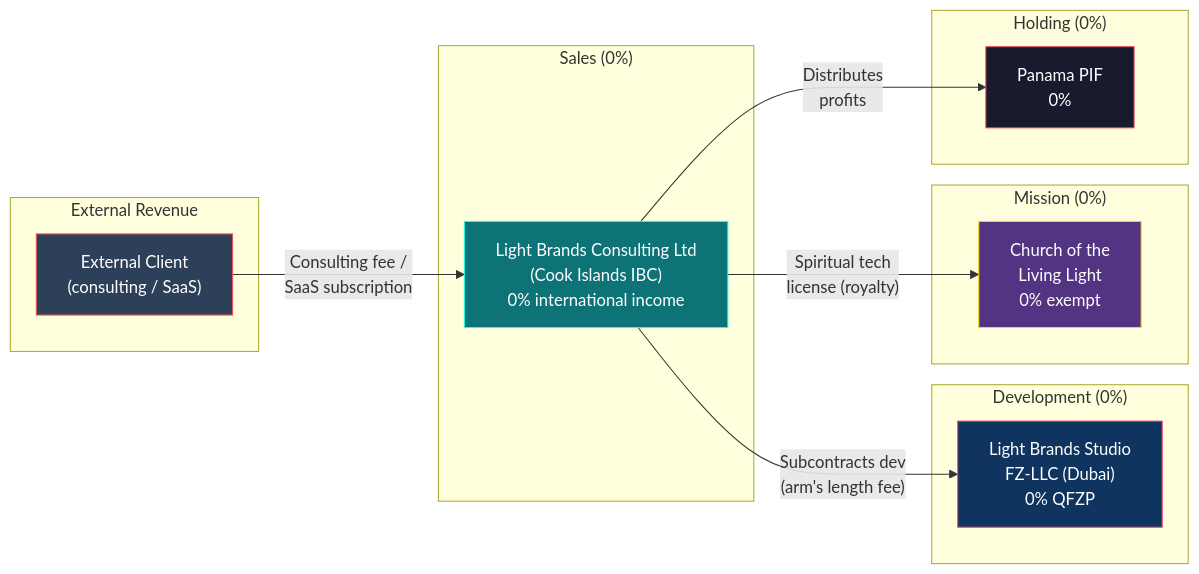
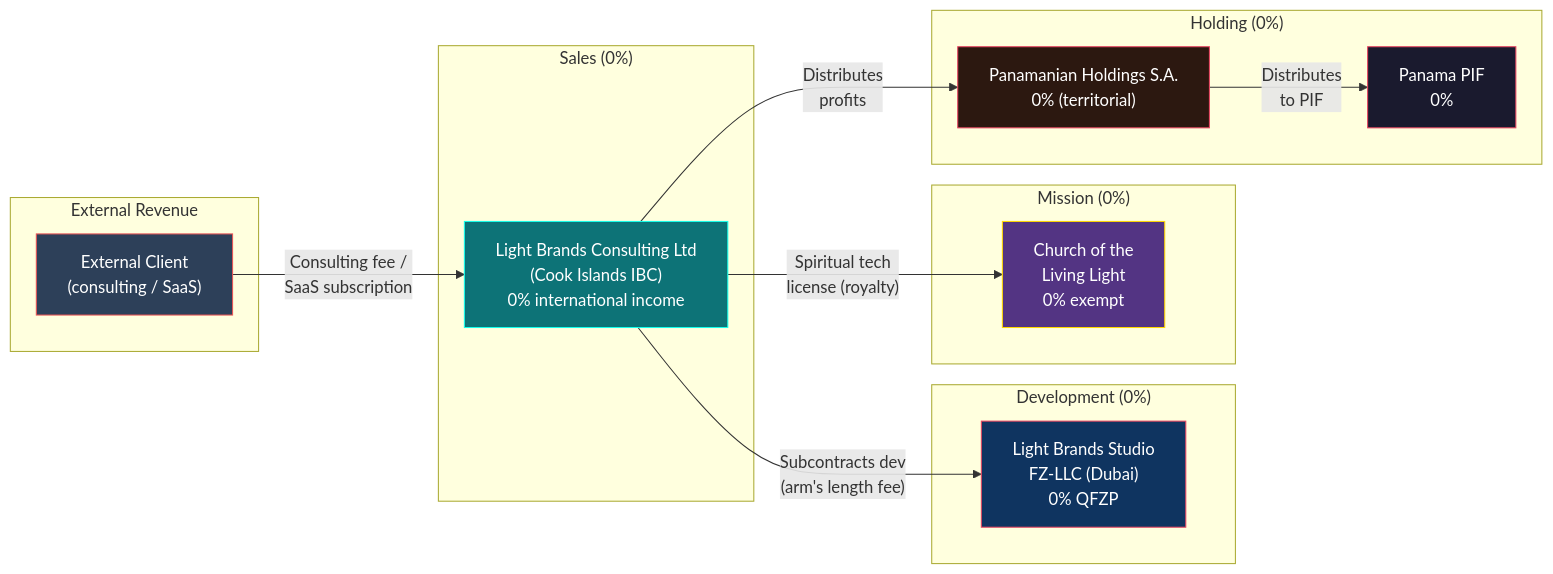
Before and after one commit to Light-Brands/epic-center: the third of 5 diagrams in docs/tax-structure/07-ECOSYSTEM-ARCHITECTURE.md, drawn with Mermaid. The commit also changed other lines of this file and 9 other files, not shown here.

First line of the commit message:
Insert Panamanian Holdings S.A. between PIF and operating entities

````diff
--- a/docs/tax-structure/07-ECOSYSTEM-ARCHITECTURE.md
+++ b/docs/tax-structure/07-ECOSYSTEM-ARCHITECTURE.md
@@ -125,33 +130,36 @@
 ```mermaid
 graph LR
     subgraph "External Revenue"
         CLIENT["External Client<br/>(consulting / SaaS)"]
     end
 
     subgraph "Sales (0%)"
         CI["Light Brands Consulting Ltd<br/>(Cook Islands IBC)<br/>0% international income"]
     end
 
     subgraph "Development (0%)"
         UAE2["Light Brands Studio<br/>FZ-LLC (Dubai)<br/>0% QFZP"]
     end
 
     subgraph "Mission (0%)"
         CHURCH2["Church of the<br/>Living Light<br/>0% exempt"]
     end
 
     subgraph "Holding (0%)"
+        SA["Panamanian Holdings S.A.<br/>0% (territorial)"]
         PIF["Panama PIF<br/>0%"]
     end
 
     CLIENT -->|"Consulting fee /<br/>SaaS subscription"| CI
     CI -->|"Subcontracts dev<br/>(arm's length fee)"| UAE2
     CI -->|"Spiritual tech<br/>license (royalty)"| CHURCH2
-    CI -->|"Distributes<br/>profits"| PIF
+    CI -->|"Distributes<br/>profits"| SA
+    SA -->|"Distributes<br/>to PIF"| PIF
 
     style CLIENT fill:#2d4059,stroke:#ea5455,color:#fff
     style CI fill:#0d7377,stroke:#14ffec,color:#fff
     style UAE2 fill:#0f3460,stroke:#e94560,color:#fff
     style CHURCH2 fill:#533483,stroke:#ffd700,color:#fff
+    style SA fill:#2c1810,stroke:#e94560,color:#fff
     style PIF fill:#1a1a2e,stroke:#e94560,color:#fff
 ```
````
